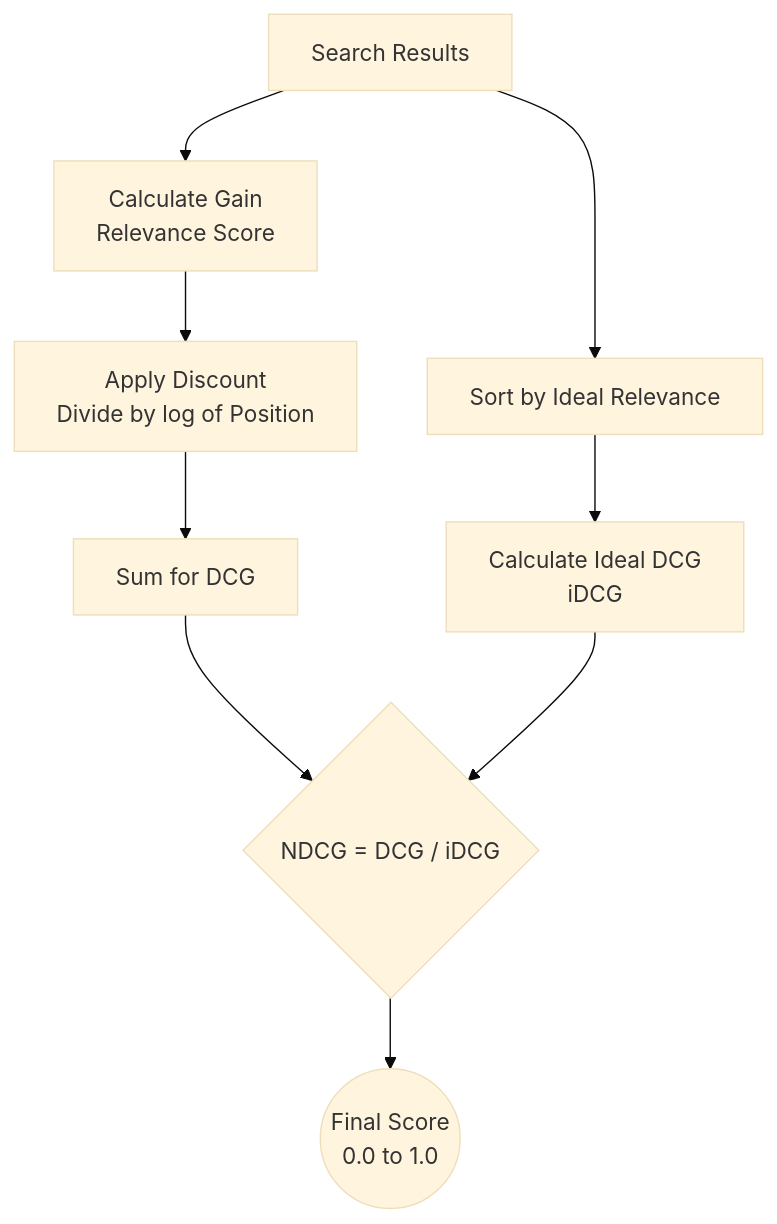
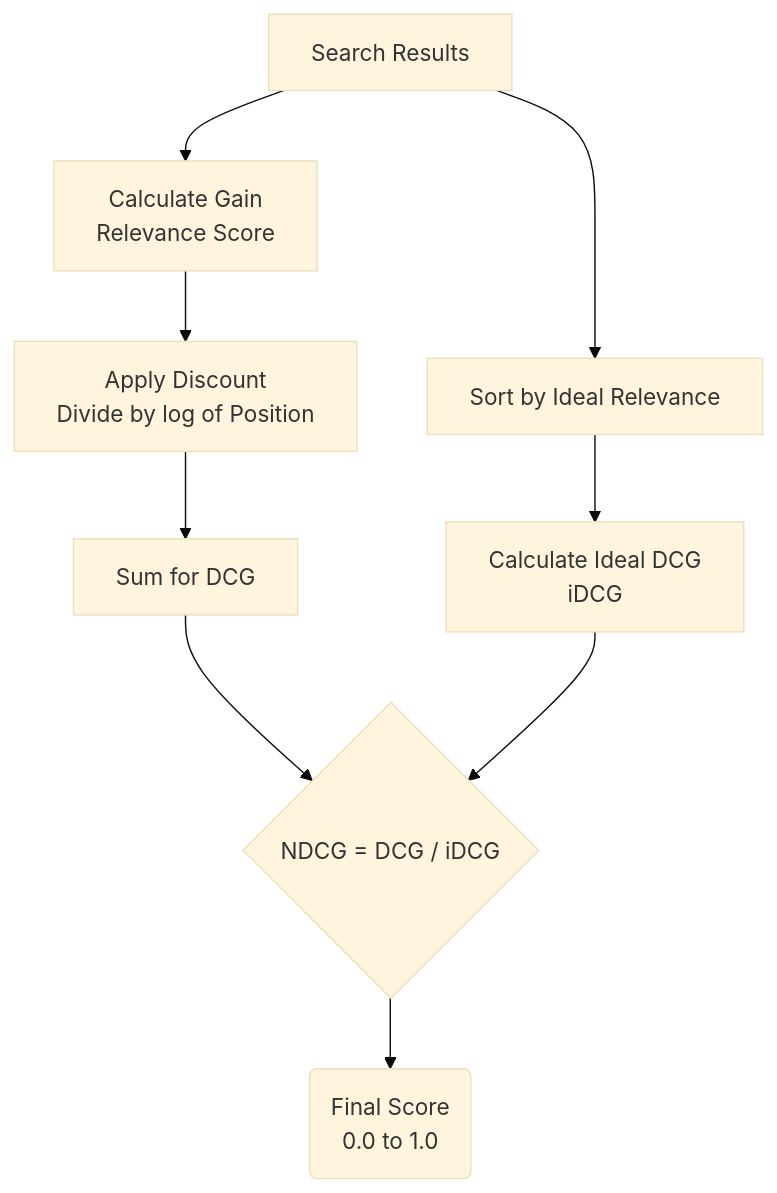
One commit to kythuatdulieu/kythuatdulieu.github.io changed the diagram in src/content/docs/concepts/genai-ml/ndcg.md. Above: the diagram before and after it, drawn with Mermaid (base theme). The commit also changed other lines of this file and 175 other files, not shown here.

Commit message:
docs: content audit, correct Mermaid diagrams, fix external links, and auto-inject popovers

````diff
--- a/src/content/docs/concepts/genai-ml/ndcg.md
+++ b/src/content/docs/concepts/genai-ml/ndcg.md
@@ -54,11 +54,13 @@
 ```mermaid
 flowchart TD
-    A[Search Results] --> B[Calculate Gain\nRelevance Score]
-    B --> C[Apply Discount\nDivide by log of Position]
-    C --> D[Sum for DCG]
-    A --> E[Sort by Ideal Relevance]
-    E --> F[Calculate Ideal DCG\niDCG]
-    D --> G{NDCG = DCG / iDCG}
+    A["Search Results"] --> B["Calculate Gain<br/>Relevance Score"]
+    B --> C["Apply Discount<br/>Divide by log of Position"]
+    C --> D["Sum for DCG"]
+    A --> E["Sort by Ideal Relevance"]
+    E --> F["Calculate Ideal DCG<br/>iDCG"]
+    D --> G{"NDCG = DCG / iDCG"}
     F --> G
-    G --> H((Final Score\n0.0 to 1.0))
+    G --> H("Final Score<br/>0.0 to 1.0")
+
+
 ```
````
